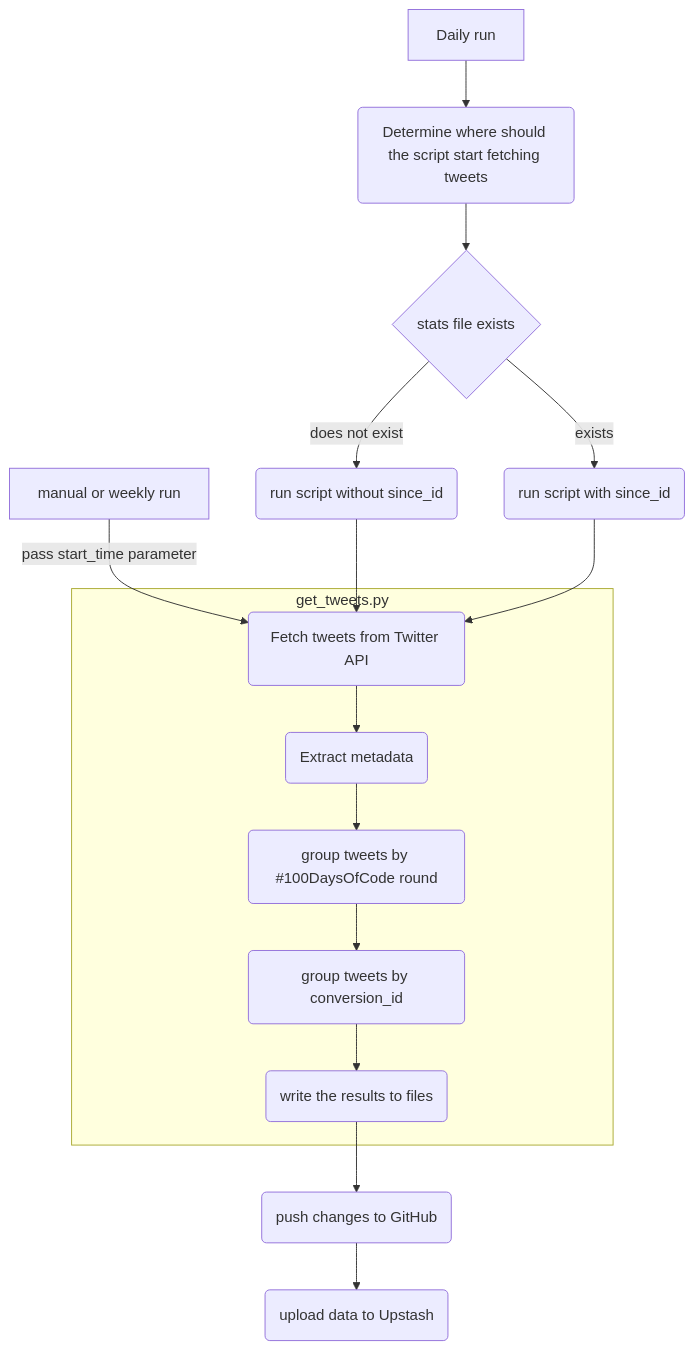
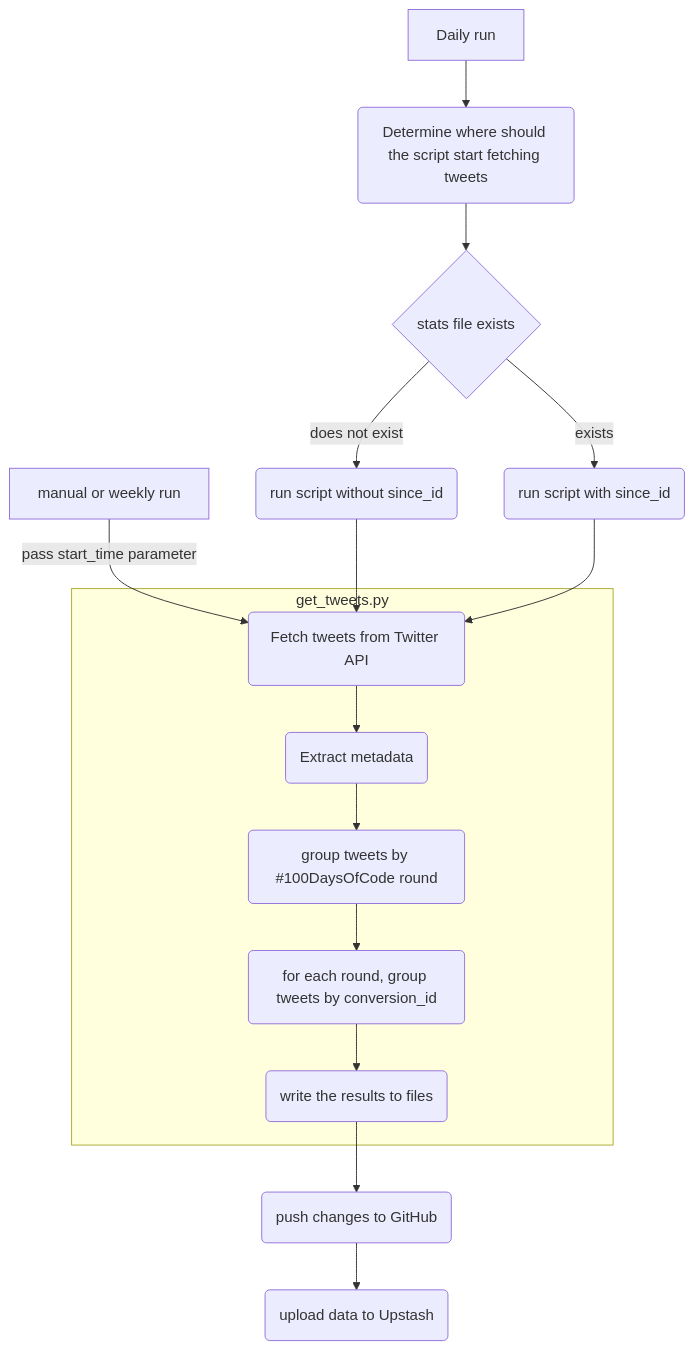
Before and after one commit to attomos/hdoc-tracker: the diagram in README.md, drawn with Mermaid. The commit also changed other lines of this file and 4 other files, not shown here.

Commit message:
feat(data): extract more information from tweets (round, day)

````diff
--- a/README.md
+++ b/README.md
@@ -92,18 +92,18 @@
 ```mermaid
 graph TD
     S0[Daily run] --> A1
     S1[manual or weekly run] -->|pass start_time parameter| A
     A1(Determine where should the script start fetching tweets) --> D1{stats file exists}
     D1 -->|does not exist| F1(run script without since_id)
     D1 -->|exists| F2(run script with since_id)
     F1 --> A
     F2 --> A
     subgraph get_tweets.py
     A(Fetch tweets from Twitter API) --> B(Extract metadata)
     B --> B2(group tweets by #100DaysOfCode round)
-    B2 --> B3(group tweets by conversion_id)
+    B2 --> B3(for each round, group tweets by conversion_id)
     B3 --> B4(write the results to files)
     end
     B4 --> U1(push changes to GitHub)
     U1 --> U2(upload data to Upstash)
 ```
````
